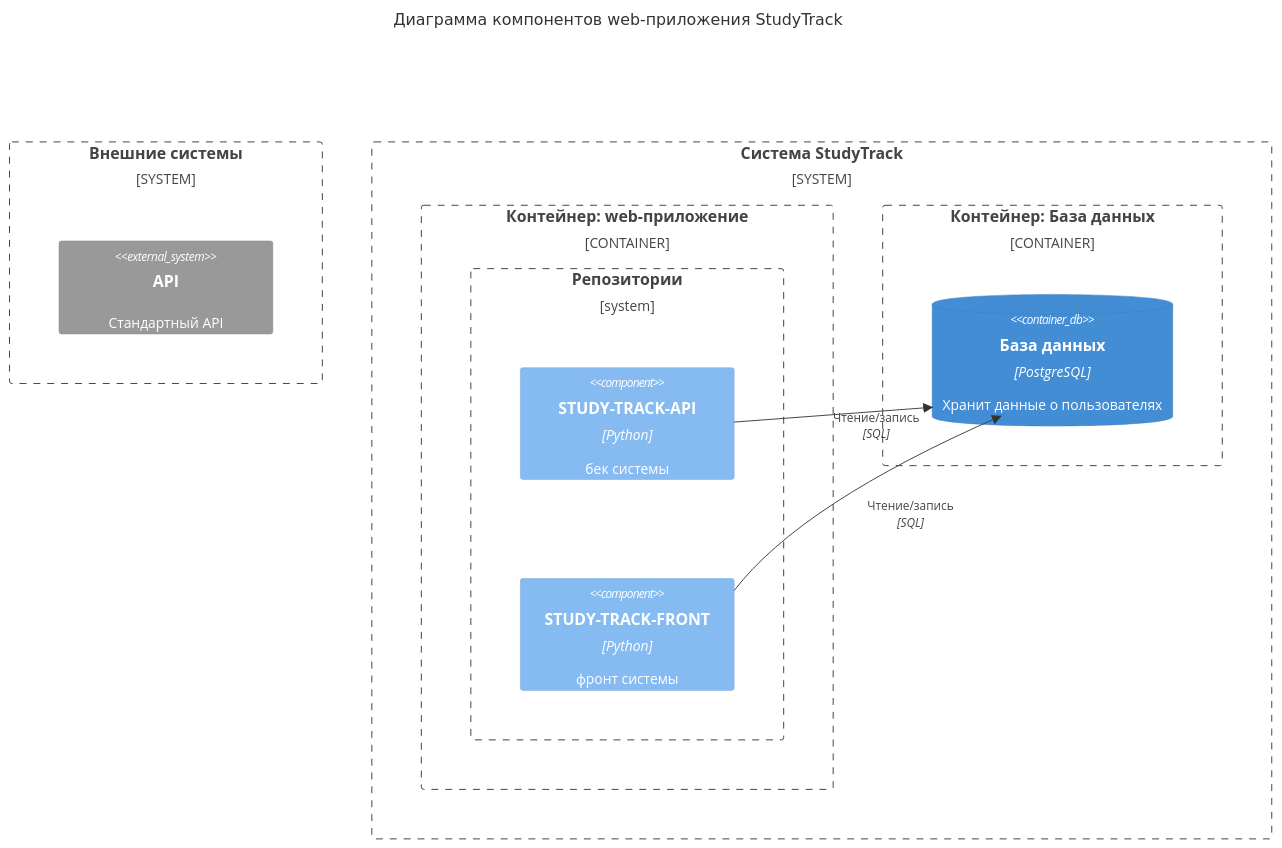
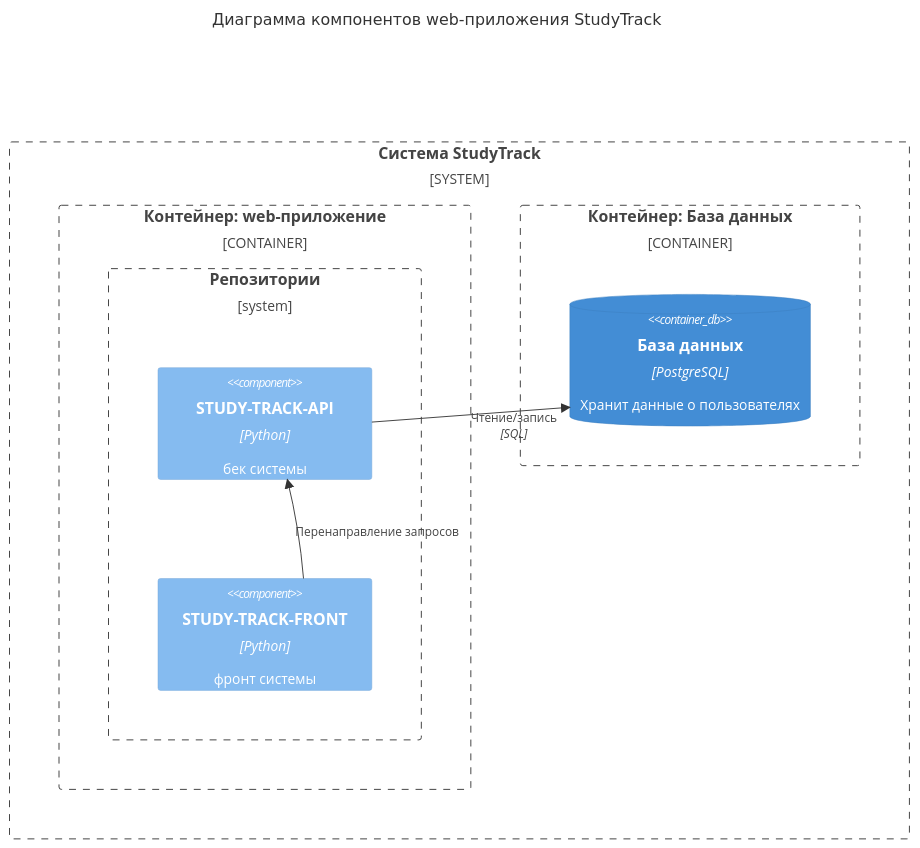
Before and after one commit to hse-perm-sandbox/study-track-docs: the diagram in c4/components.md, drawn with Mermaid. The commit also changed other lines of this file and 1 other file, not shown here.

Commit message:
Исправлена ошибка в containers

````diff
--- a/c4/components.md
+++ b/c4/components.md
@@ -4,27 +4,23 @@
 ```mermaid
 C4Component
     title Диаграмма компонентов web-приложения StudyTrack
-
-    System_Boundary(ext, "Внешние системы") {
-        System_Ext(api, "API", "Стандартный API")
-    }
     
     System_Boundary(boundary, "Система StudyTrack") {
         Container_Boundary(web_container, "Контейнер: web-приложение") {
 
             Boundary(repos, "Репозитории") {
                 Component(api_repo, "STUDY-TRACK-API", "Python", "бек системы")
                 Component(front_repo, "STUDY-TRACK-FRONT", "Python", "фронт системы")
             }
         }
+
         Container_Boundary(db_container, "Контейнер: База данных") {
             ContainerDb(db, "База данных", "PostgreSQL", "Хранит данные о пользователях")
         }
     }
 
     Rel(api_repo, db, "Чтение/запись", "SQL")
     UpdateRelStyle(user_repo, db, $offsetX="0", $offsetY="-40")
-    Rel(front_repo, db, "Чтение/запись", "SQL")
-    UpdateRelStyle(user_repo, db, $offsetX="0", $offsetY="-40")
+    Rel(front_repo, api_repo, "Перенаправление запросов")
 
 ```
````
